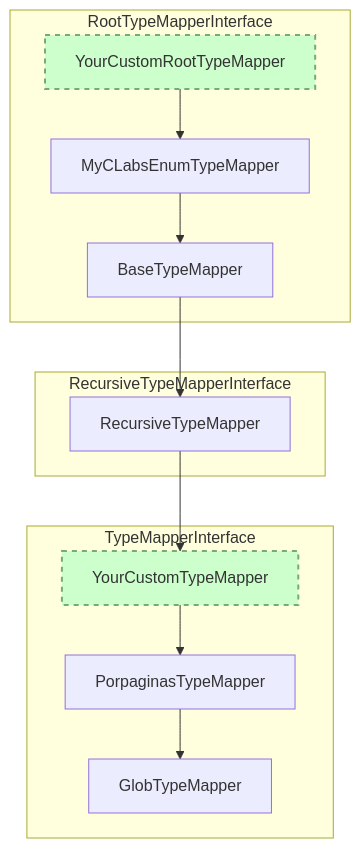
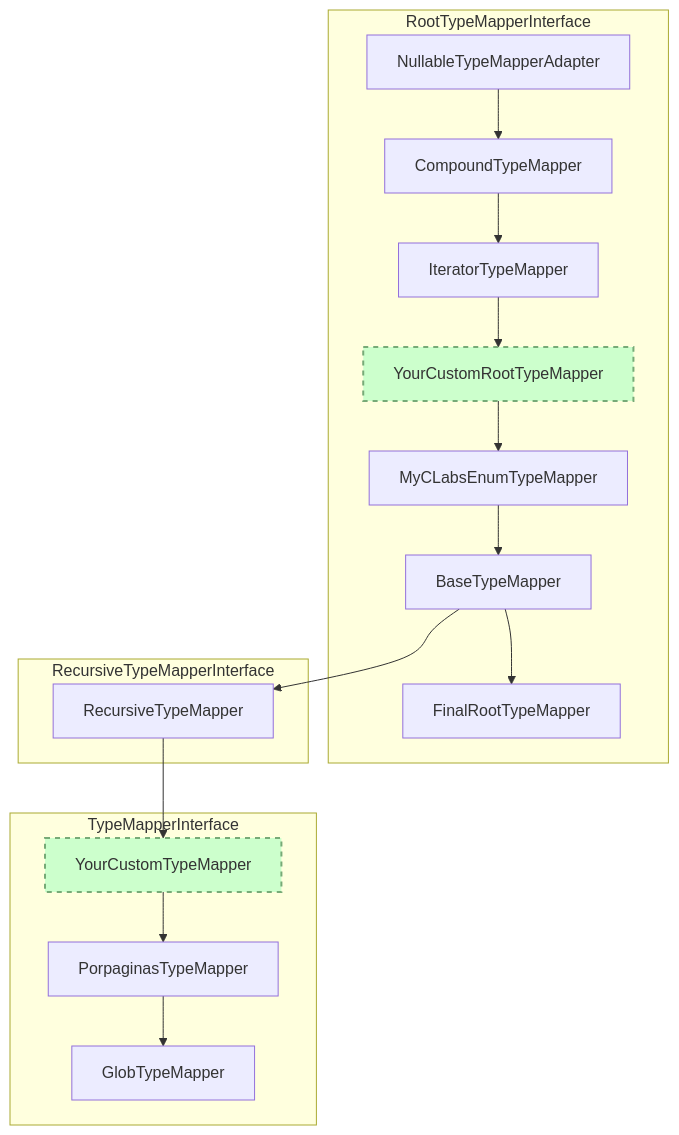
The first of 2 diagrams in docs/internals.md (thecodingmachine/graphqlite), drawn with Mermaid before and after one commit. The commit also changed other lines of this file and 5 other files, not shown here.

```diff
--- a/docs/internals.md
+++ b/docs/internals.md
@@ -31,18 +31,22 @@
 <div class="mermaid">
   graph TD
   classDef custom fill:#cfc,stroke:#7a7,stroke-width:2px,stroke-dasharray: 5, 5;
   subgraph RootTypeMapperInterface
+    NullableTypeMapperAdapter-->CompoundTypeMapper
+    CompoundTypeMapper-->IteratorTypeMapper
+    IteratorTypeMapper-->YourCustomRootTypeMapper
     YourCustomRootTypeMapper-->MyCLabsEnumTypeMapper
     MyCLabsEnumTypeMapper-->BaseTypeMapper
+    BaseTypeMapper-->FinalRootTypeMapper
   end
   subgraph RecursiveTypeMapperInterface
     BaseTypeMapper-->RecursiveTypeMapper
   end
   subgraph TypeMapperInterface
     RecursiveTypeMapper-->YourCustomTypeMapper
     YourCustomTypeMapper-->PorpaginasTypeMapper
     PorpaginasTypeMapper-->GlobTypeMapper
   end
   class YourCustomRootTypeMapper,YourCustomTypeMapper custom;
 
 </div>
```
